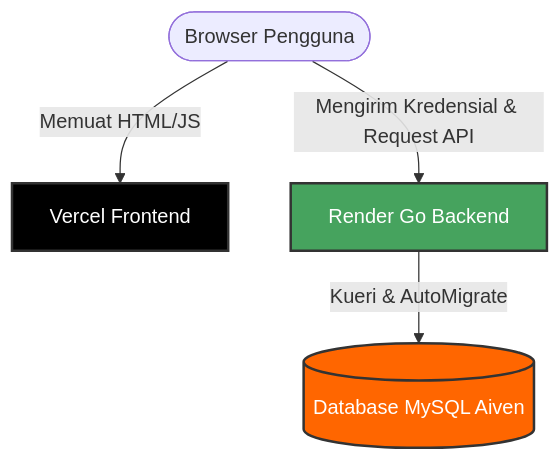
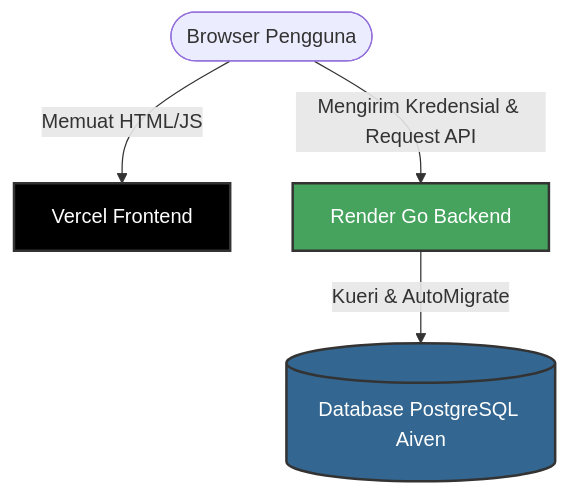
The diagram in README.md (Rauf74/recipe-scale), drawn with Mermaid before and after one commit. The commit also changed other lines of this file, not shown here.

First line of the commit message:
[Dokumentasi] Perbarui README.md untuk mencerminkan migrasi ke PostgreSQL

````diff
--- a/README.md
+++ b/README.md
@@ -31,10 +31,10 @@
 ```mermaid
 graph TD
     User([Browser Pengguna]) -->|Memuat HTML/JS| Vercel[Vercel Frontend]
     User -->|Mengirim Kredensial & Request API| Render[Render Go Backend]
-    Render -->|Kueri & AutoMigrate| DB[(Database MySQL Aiven)]
+    Render -->|Kueri & AutoMigrate| DB[(Database PostgreSQL Aiven)]
     
     style Vercel fill:#000,stroke:#333,stroke-width:2px,color:#fff
     style Render fill:#46a35e,stroke:#333,stroke-width:2px,color:#fff
-    style DB fill:#ff6600,stroke:#333,stroke-width:2px,color:#fff
+    style DB fill:#336791,stroke:#333,stroke-width:2px,color:#fff
 ```
````
